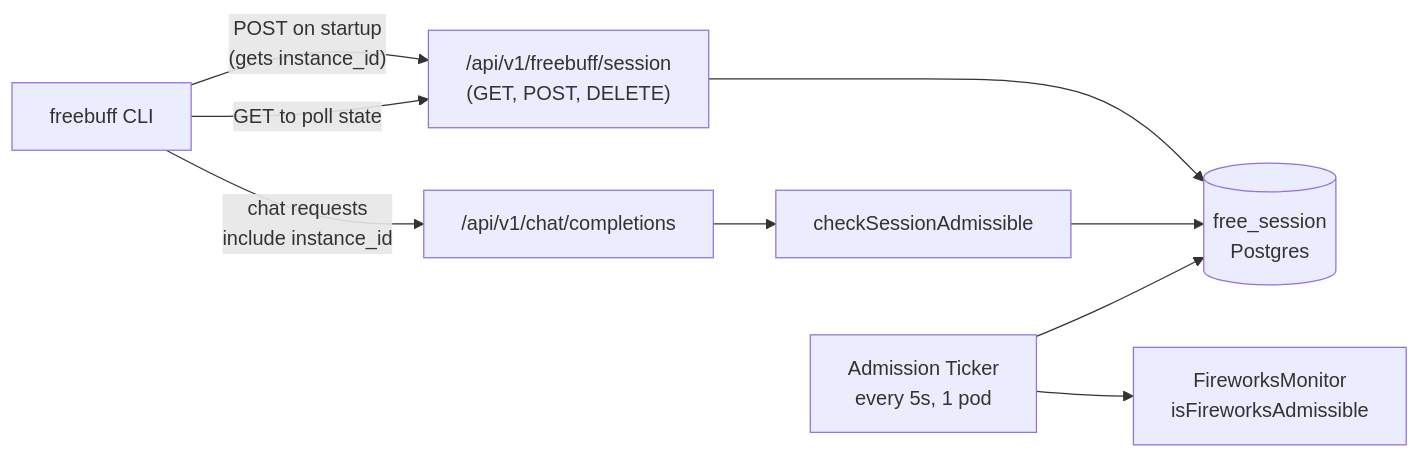
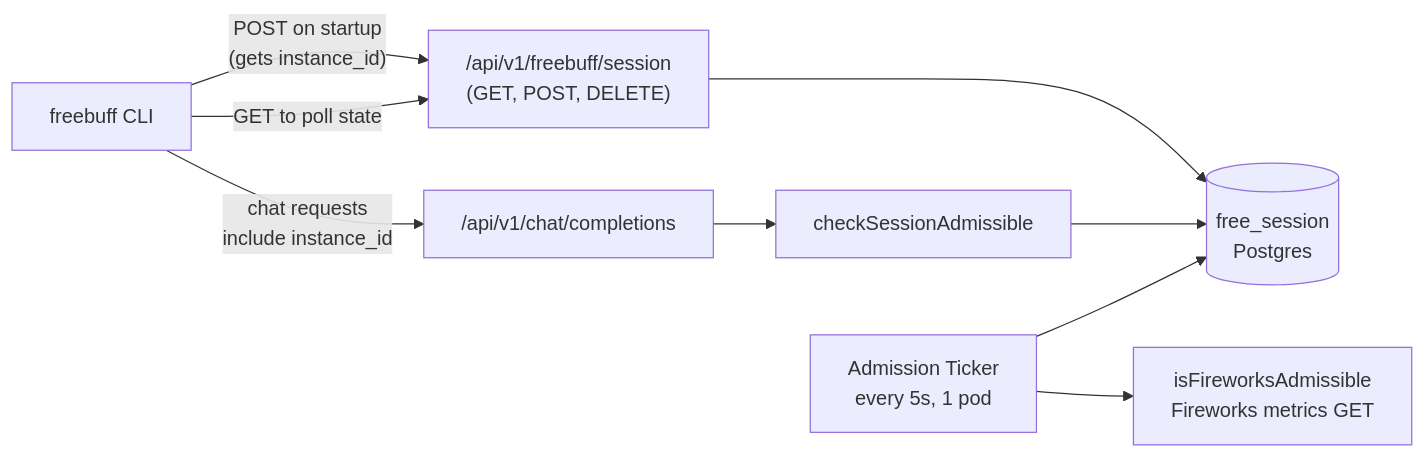
One commit to CodebuffAI/codebuff changed the first of 2 diagrams in docs/freebuff-waiting-room.md. Above: the diagram before and after it, drawn with Mermaid. The commit also changed other lines of this file and 15 other files, not shown here.

First line of the commit message:
Replace Fireworks Prometheus monitor with reachability probe

````diff
--- a/docs/freebuff-waiting-room.md
+++ b/docs/freebuff-waiting-room.md
@@ -30,19 +30,19 @@
 ```mermaid
 flowchart LR
     CLI[freebuff CLI]
     SessionAPI["/api/v1/freebuff/session<br/>(GET, POST, DELETE)"]
     ChatAPI["/api/v1/chat/completions"]
     Gate[checkSessionAdmissible]
     Ticker[Admission Ticker<br/>every 5s, 1 pod]
     Store[(free_session<br/>Postgres)]
-    Monitor[FireworksMonitor<br/>isFireworksAdmissible]
+    Probe[isFireworksAdmissible<br/>Fireworks metrics GET]
 
     CLI -- "POST on startup<br/>(gets instance_id)" --> SessionAPI
     CLI -- "GET to poll state" --> SessionAPI
     CLI -- "chat requests<br/>include instance_id" --> ChatAPI
     SessionAPI --> Store
     ChatAPI --> Gate
     Gate --> Store
     Ticker --> Store
-    Ticker --> Monitor
+    Ticker --> Probe
 ```
````
